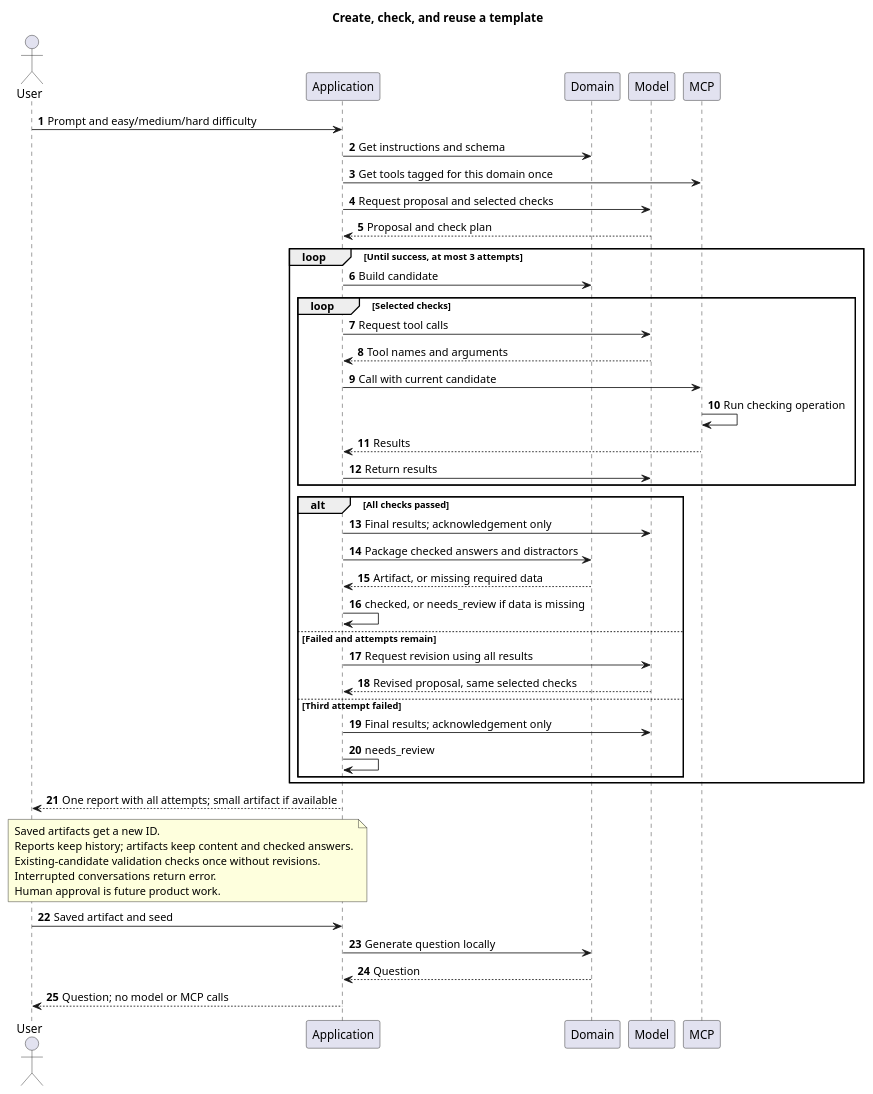
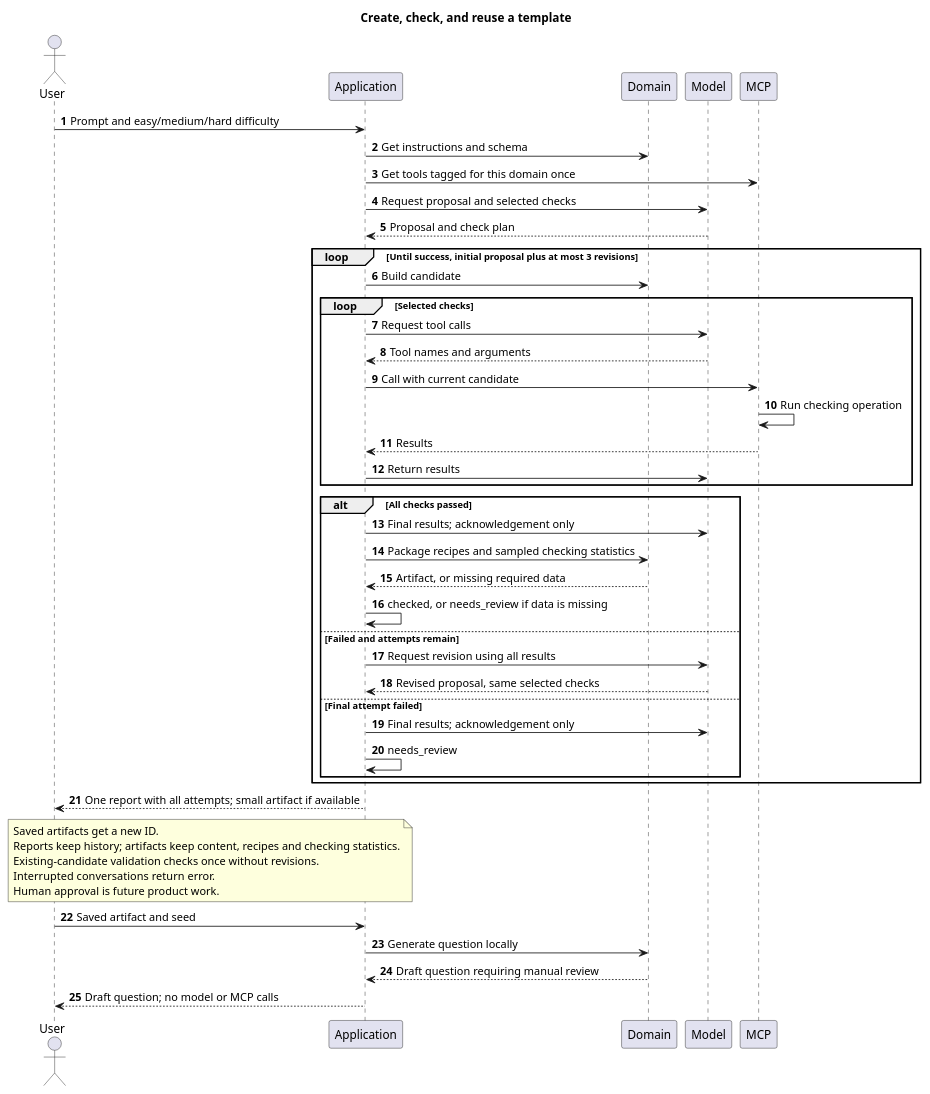
Before and after one commit to edcraft-org/ai: the diagram in docs/question-generation/generate-template.puml, drawn with PlantUML. The commit also changed 43 other files, not shown here.

```diff
--- a/docs/question-generation/generate-template.puml
+++ b/docs/question-generation/generate-template.puml
@@ -1,53 +1,53 @@
 @startuml TemplateGeneration
 title Create, check, and reuse a template
 autonumber
 actor User
 participant Application as App
 participant Domain
 participant Model
 participant MCP
 
 User -> App: Prompt and easy/medium/hard difficulty
 App -> Domain: Get instructions and schema
 App -> MCP: Get tools tagged for this domain once
 App -> Model: Request proposal and selected checks
 Model --> App: Proposal and check plan
 
-loop Until success, at most 3 attempts
+loop Until success, initial proposal plus at most 3 revisions
     App -> Domain: Build candidate
     loop Selected checks
         App -> Model: Request tool calls
         Model --> App: Tool names and arguments
         App -> MCP: Call with current candidate
         MCP -> MCP: Run checking operation
         MCP --> App: Results
         App -> Model: Return results
     end
     alt All checks passed
         App -> Model: Final results; acknowledgement only
-        App -> Domain: Package checked answers and distractors
+        App -> Domain: Package recipes and sampled checking statistics
         Domain --> App: Artifact, or missing required data
         App -> App: checked, or needs_review if data is missing
     else Failed and attempts remain
         App -> Model: Request revision using all results
         Model --> App: Revised proposal, same selected checks
-    else Third attempt failed
+    else Final attempt failed
         App -> Model: Final results; acknowledgement only
         App -> App: needs_review
     end
 end
 App --> User: One report with all attempts; small artifact if available
 
 note over App, User
 Saved artifacts get a new ID.
-Reports keep history; artifacts keep content and checked answers.
+Reports keep history; artifacts keep content, recipes and checking statistics.
 Existing-candidate validation checks once without revisions.
 Interrupted conversations return error.
 Human approval is future product work.
 end note
 
 User -> App: Saved artifact and seed
 App -> Domain: Generate question locally
-Domain --> App: Question
-App --> User: Question; no model or MCP calls
+Domain --> App: Draft question requiring manual review
+App --> User: Draft question; no model or MCP calls
 @enduml
```
